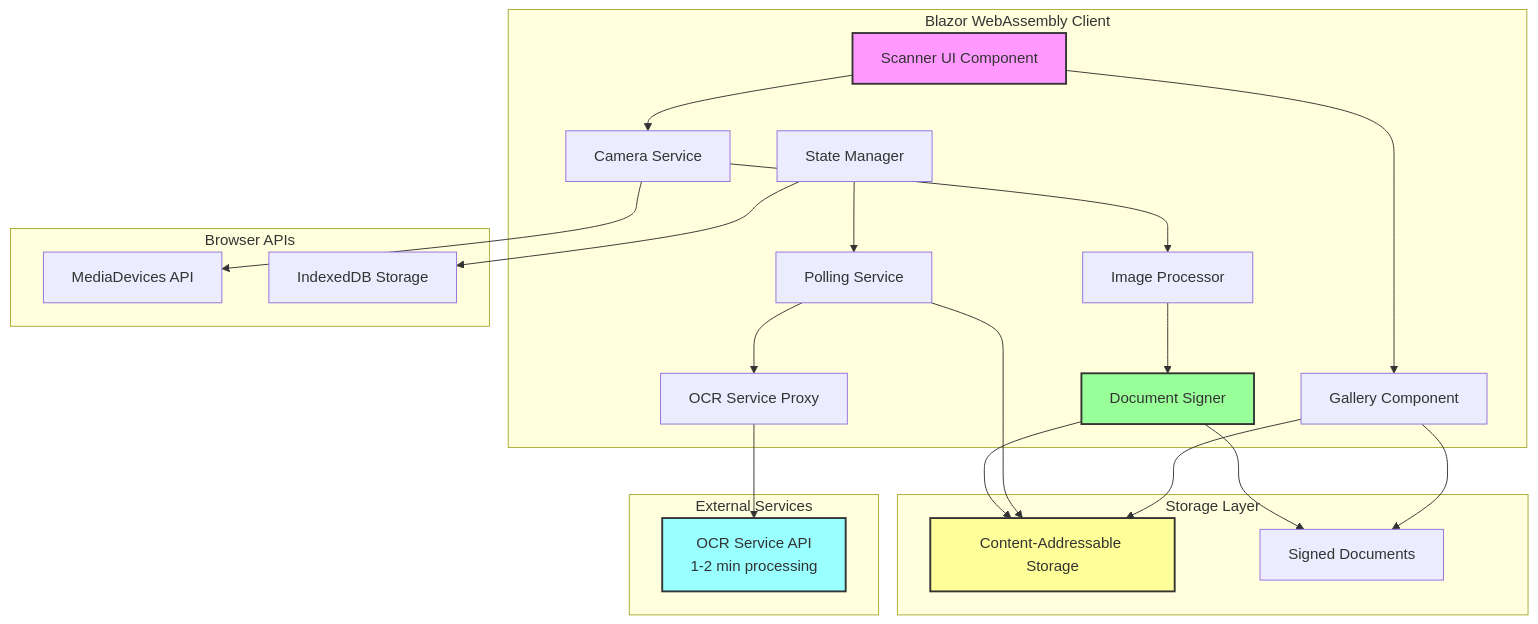
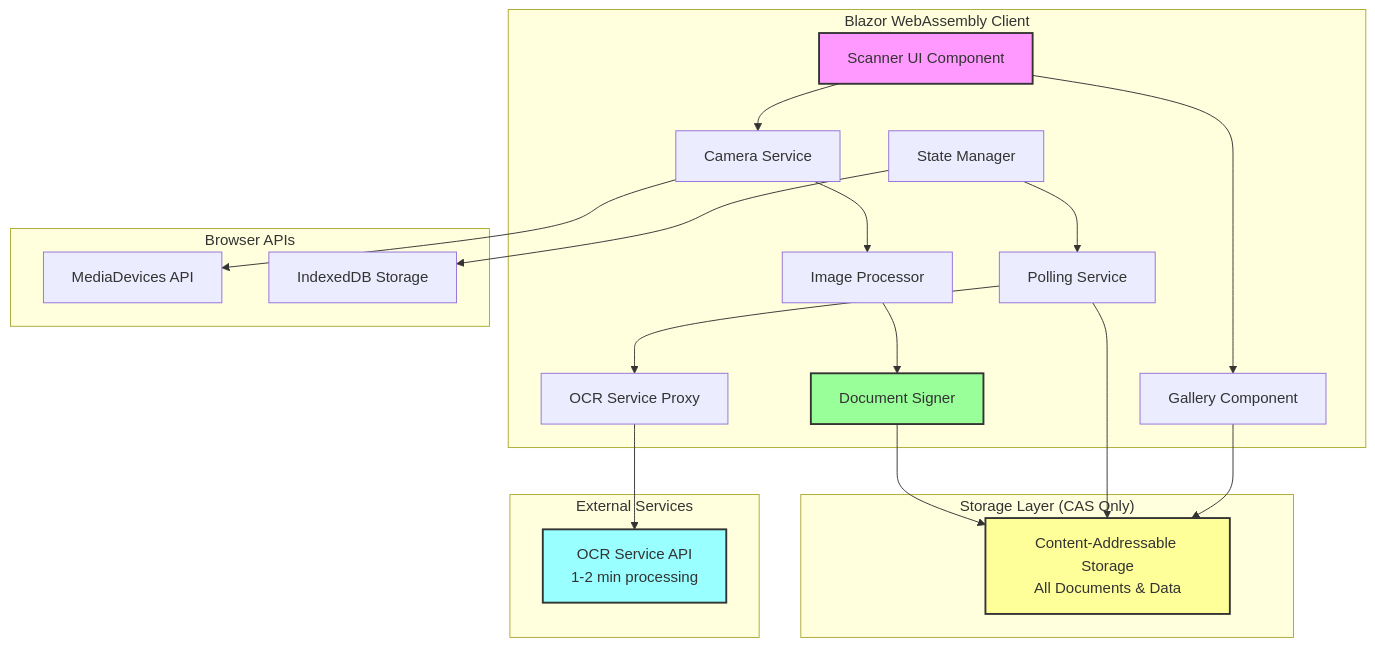
One commit to o2alexanderfedin/Nolock.social.frontends changed the first of 20 diagrams in docs/architecture/features/document-scanner/ocr-scanner-architecture.md. Above: the diagram before and after it, drawn with Mermaid. The commit also changed other lines of this file, not shown here.

First line of the commit message:
refactor: clarify CAS-only storage architecture in OCR scanner documentation

````diff
--- a/docs/architecture/features/document-scanner/ocr-scanner-architecture.md
+++ b/docs/architecture/features/document-scanner/ocr-scanner-architecture.md
@@ -48,47 +58,44 @@
 ```mermaid
 graph TB
     subgraph "Blazor WebAssembly Client"
         UI[Scanner UI Component]
         CAM[Camera Service]
         IMG[Image Processor]
         STATE[State Manager]
         PROXY[OCR Service Proxy]
         SIGN[Document Signer]
         POLL[Polling Service]
         GALLERY[Gallery Component]
     end
     
     subgraph "Browser APIs"
         MEDIA[MediaDevices API]
         STORE[IndexedDB Storage]
     end
     
-    subgraph "Storage Layer"
-        CAS[Content-Addressable Storage]
-        DOCS[Signed Documents]
+    subgraph "Storage Layer (CAS Only)"
+        CAS[Content-Addressable Storage<br/>All Documents & Data]
     end
     
     subgraph "External Services"
         OCR[OCR Service API<br/>1-2 min processing]
     end
     
     UI --> CAM
     UI --> GALLERY
     CAM --> MEDIA
     CAM --> IMG
     IMG --> SIGN
     SIGN --> CAS
-    SIGN --> DOCS
     STATE --> POLL
     POLL --> PROXY
     PROXY --> OCR
     POLL --> CAS
     STATE --> STORE
     GALLERY --> CAS
-    GALLERY --> DOCS
     
     style UI fill:#f9f,stroke:#333,stroke-width:2px
     style OCR fill:#9ff,stroke:#333,stroke-width:2px
     style CAS fill:#ff9,stroke:#333,stroke-width:2px
     style SIGN fill:#9f9,stroke:#333,stroke-width:2px
 ```
````
